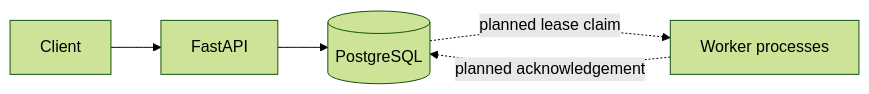
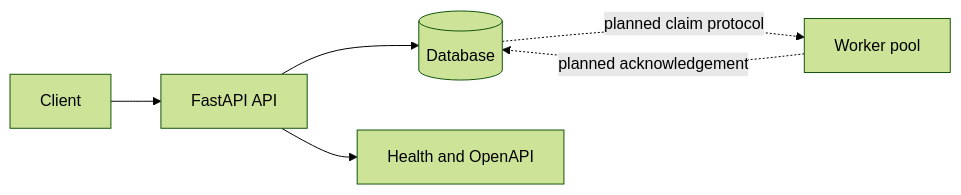
The diagram in docs/architecture.md (vankudothuadhinaik/FluxQueue), drawn with Mermaid (forest theme) before and after one commit. The commit also changed other lines of this file, not shown here.

````diff
--- a/docs/architecture.md
+++ b/docs/architecture.md
@@ -7,7 +7,8 @@
 ```mermaid
 flowchart LR
-  Client --> API[FastAPI]
-  API --> DB[(PostgreSQL)]
-  DB -. planned lease claim .-> Worker[Worker processes]
+  Client[Client] --> API[FastAPI API]
+  API --> DB[(Database)]
+  DB -. planned claim protocol .-> Worker[Worker pool]
   Worker -. planned acknowledgement .-> DB
+  API --> Ops[Health and OpenAPI]
 ```
````
